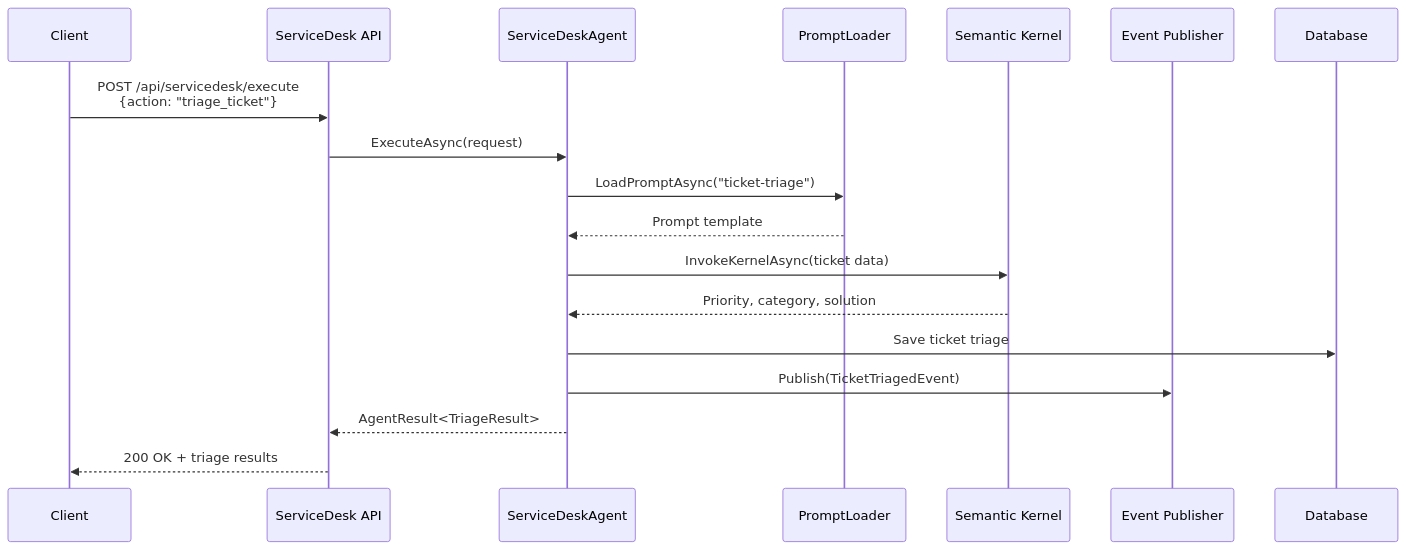
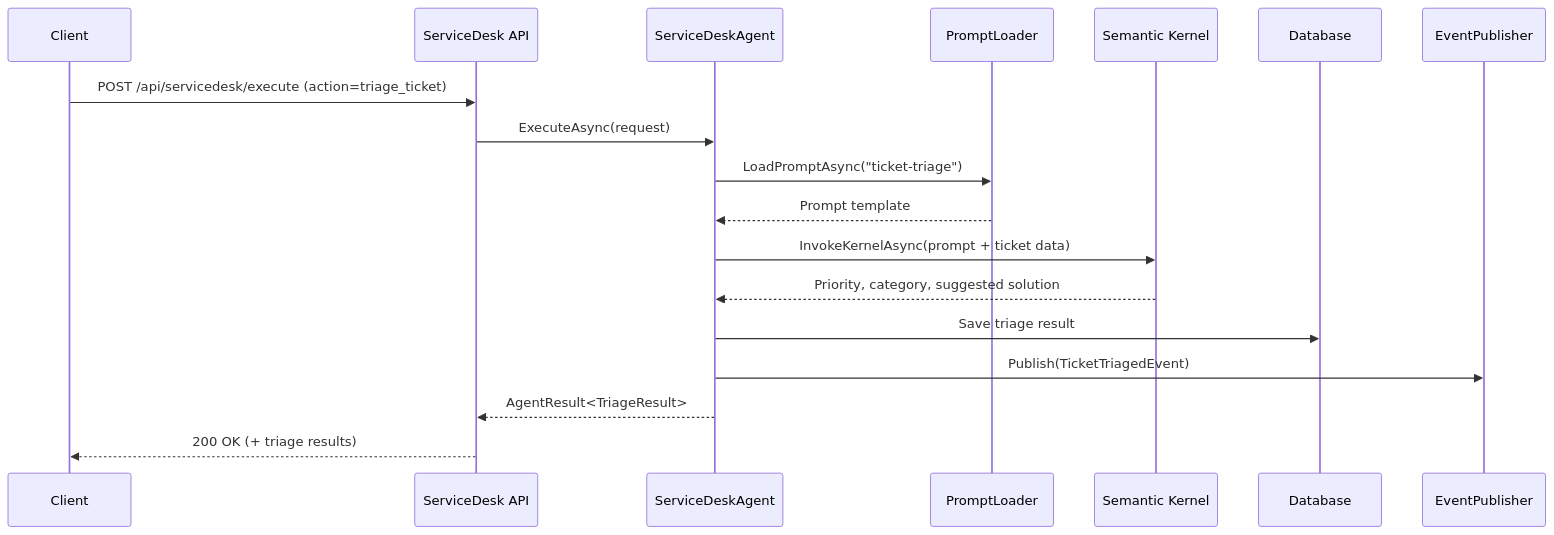
Before and after one commit to Lukeus/my-agents: the eighth of 10 diagrams in README.md, drawn with Mermaid. The commit also changed other lines of this file and 28 other files, not shown here.

````diff
--- a/README.md
+++ b/README.md
@@ -201,21 +426,21 @@
 ```mermaid
 sequenceDiagram
     participant Client
     participant API as ServiceDesk API
     participant Agent as ServiceDeskAgent
     participant Prompt as PromptLoader
     participant LLM as Semantic Kernel
-    participant Events as Event Publisher
     participant DB as Database
+    participant Events as EventPublisher
     
-    Client->>API: POST /api/servicedesk/execute<br/>{action: "triage_ticket"}
+    Client->>API: POST /api/servicedesk/execute (action=triage_ticket)
     API->>Agent: ExecuteAsync(request)
     Agent->>Prompt: LoadPromptAsync("ticket-triage")
     Prompt-->>Agent: Prompt template
-    Agent->>LLM: InvokeKernelAsync(ticket data)
-    LLM-->>Agent: Priority, category, solution
-    Agent->>DB: Save ticket triage
+    Agent->>LLM: InvokeKernelAsync(prompt + ticket data)
+    LLM-->>Agent: Priority, category, suggested solution
+    Agent->>DB: Save triage result
     Agent->>Events: Publish(TicketTriagedEvent)
     Agent-->>API: AgentResult<TriageResult>
-    API-->>Client: 200 OK + triage results
+    API-->>Client: 200 OK (+ triage results)
 ```
````
